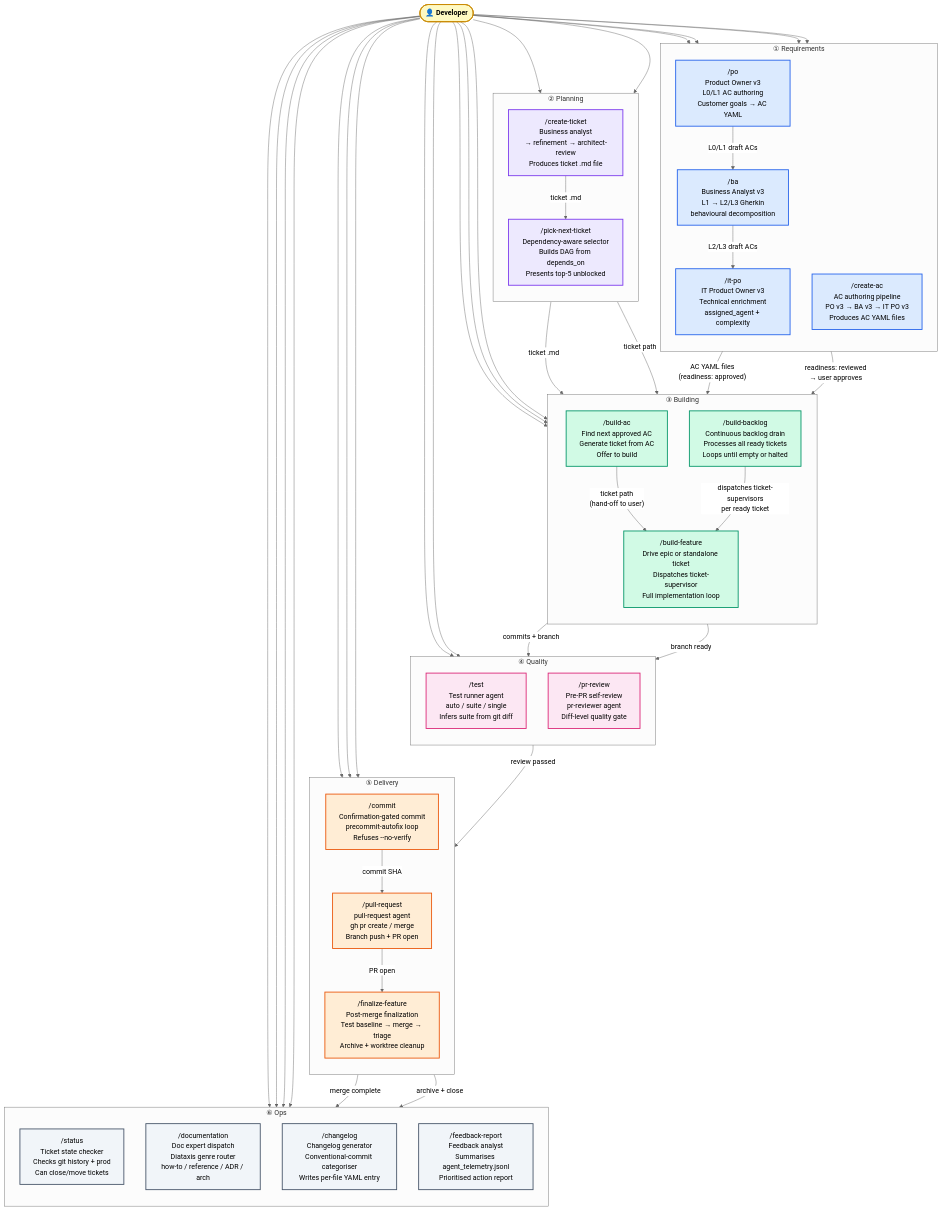
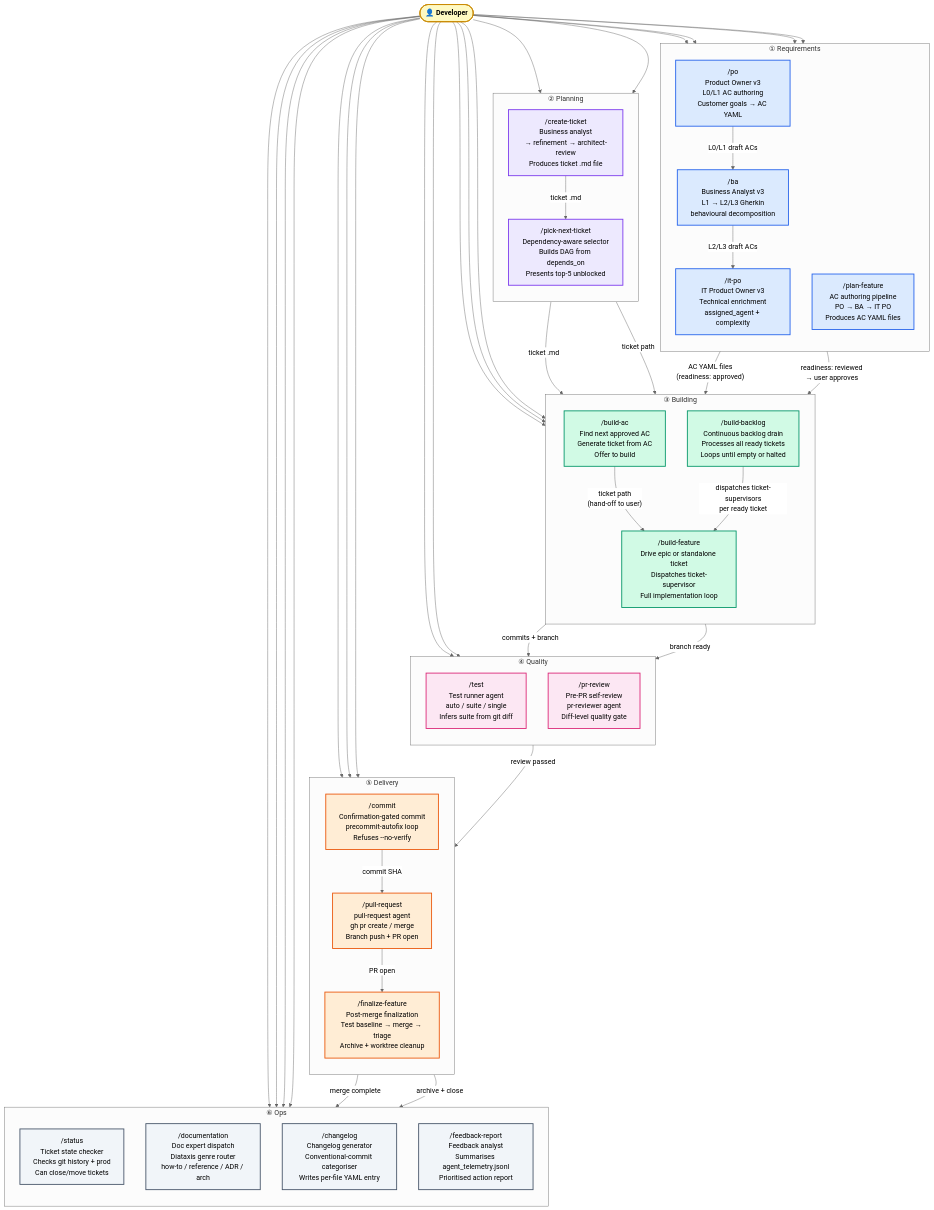
One commit to urlmonitor/leafcutter-ai changed the diagram in docs/architecture/diagrams/c1-001-command-map.md. Above: the diagram before and after it, drawn with Mermaid (neutral theme). The commit also changed other lines of this file and 2 other files, not shown here.

First line of the commit message:
fix(ac-driven-dev): update command-map diagram from /create-ac to /plan-feature (ACD-1402)

```diff
--- a/docs/architecture/diagrams/c1-001-command-map.md
+++ b/docs/architecture/diagrams/c1-001-command-map.md
@@ -62,7 +62,7 @@
         PO["/po\nProduct Owner v3\nL0/L1 AC authoring\nCustomer goals → AC YAML"]:::req
         BA["/ba\nBusiness Analyst v3\nL1 → L2/L3 Gherkin\nbehavioural decomposition"]:::req
         ITPO["/it-po\nIT Product Owner v3\nTechnical enrichment\nassigned_agent + complexity"]:::req
-        CAC["/create-ac\nAC authoring pipeline\nPO v3 → BA v3 → IT PO v3\nProduces AC YAML files"]:::req
+        PF["/plan-feature\nAC authoring pipeline\nPO → BA → IT PO\nProduces AC YAML files"]:::req
     end
 
     %% ── Stage 2: Planning ────────────────────────────────────────────
@@ -105,7 +105,7 @@
     end
 
     %% ── User entry points ────────────────────────────────────────────
-    DEV --> CAC
+    DEV --> PF
     DEV --> PO
     DEV --> BA
     DEV --> ITPO
@@ -125,7 +125,7 @@
     DEV --> FR
 
     %% ── Cross-stage flows ────────────────────────────────────────────
-    CAC -->|"AC YAML files\n(readiness: approved)"| BAC
+    PF -->|"AC YAML files\n(readiness: approved)"| BAC
     PO -->|"L0/L1 draft ACs"| BA
     BA -->|"L2/L3 draft ACs"| ITPO
     ITPO -->|"readiness: reviewed\n→ user approves"| BAC
```
